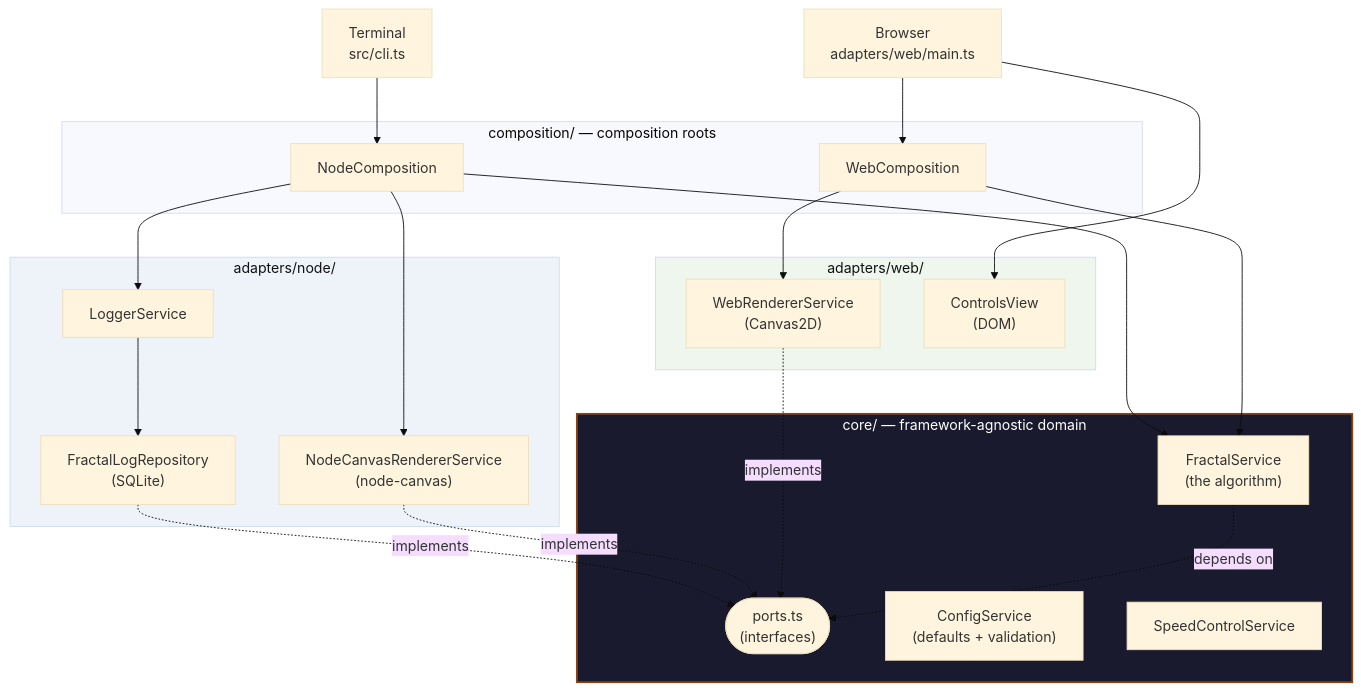
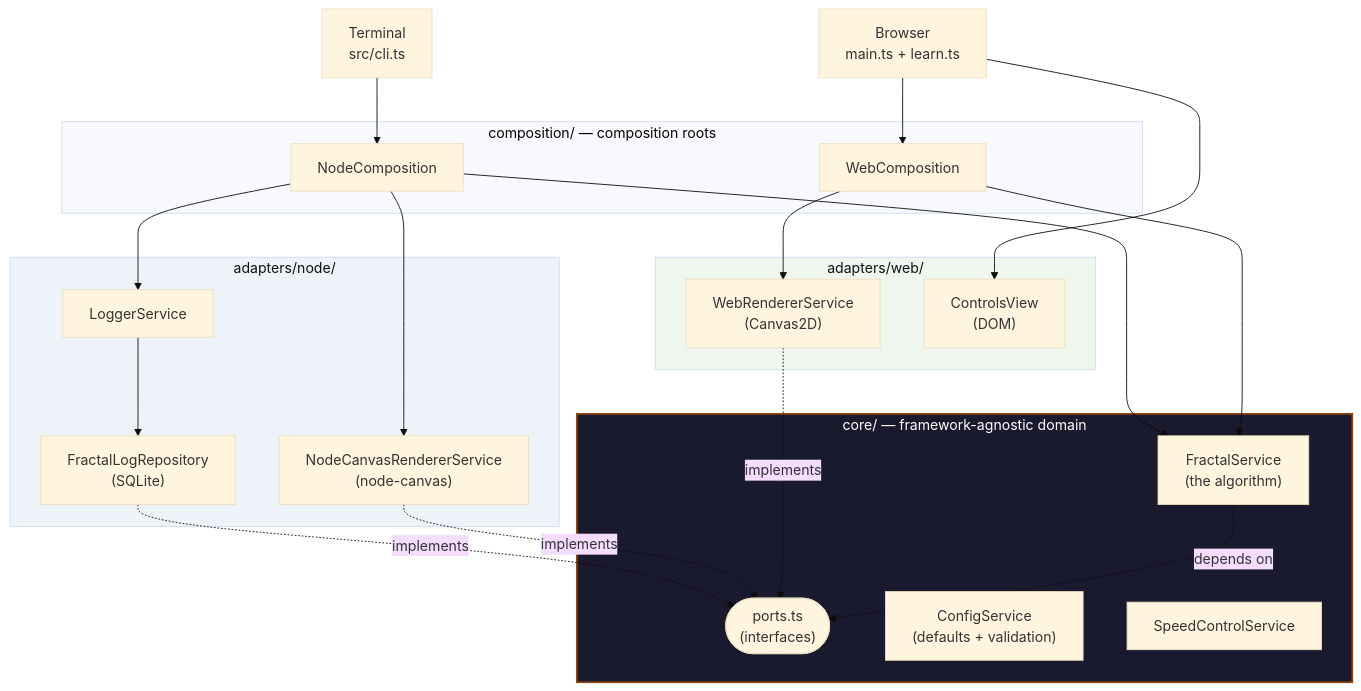
One commit to roanboc/fractal-tree-generator changed the first of 4 diagrams in ARCHITECTURE.md. Above: the diagram before and after it, drawn with Mermaid (base theme). The commit also changed other lines of this file and 14 other files, not shown here.

````diff
--- a/ARCHITECTURE.md
+++ b/ARCHITECTURE.md
@@ -58,48 +59,48 @@
 ```mermaid
 flowchart TB
-    Browser["Browser<br/>adapters/web/main.ts"]
+    Browser["Browser<br/>main.ts + learn.ts"]
     CLI["Terminal<br/>src/cli.ts"]
 
     subgraph Composition["composition/ — composition roots"]
         WebComp["WebComposition"]
         NodeComp["NodeComposition"]
     end
 
     subgraph Core["core/ — framework-agnostic domain"]
         Ports(["ports.ts<br/>(interfaces)"])
         FractalService["FractalService<br/>(the algorithm)"]
         ConfigService["ConfigService<br/>(defaults + validation)"]
         SpeedControlService["SpeedControlService"]
     end
 
     subgraph WebAdapters["adapters/web/"]
         WebRenderer["WebRendererService<br/>(Canvas2D)"]
         ControlsView["ControlsView<br/>(DOM)"]
     end
 
     subgraph NodeAdapters["adapters/node/"]
         NodeRenderer["NodeCanvasRendererService<br/>(node-canvas)"]
         LoggerService["LoggerService"]
         Repo["FractalLogRepository<br/>(SQLite)"]
     end
 
     Browser --> WebComp
     Browser --> ControlsView
     CLI --> NodeComp
 
     WebComp --> FractalService
     WebComp --> WebRenderer
     NodeComp --> FractalService
     NodeComp --> NodeRenderer
     NodeComp --> LoggerService
     LoggerService --> Repo
 
     FractalService -.depends on.-> Ports
     WebRenderer -.implements.-> Ports
     NodeRenderer -.implements.-> Ports
     Repo -.implements.-> Ports
 
     style Core fill:#1a1a2e,color:#fff,stroke:#8B4513,stroke-width:2px
     style WebAdapters fill:#eef6ee,color:#111
     style NodeAdapters fill:#eef2f9,color:#111
 ```
````
